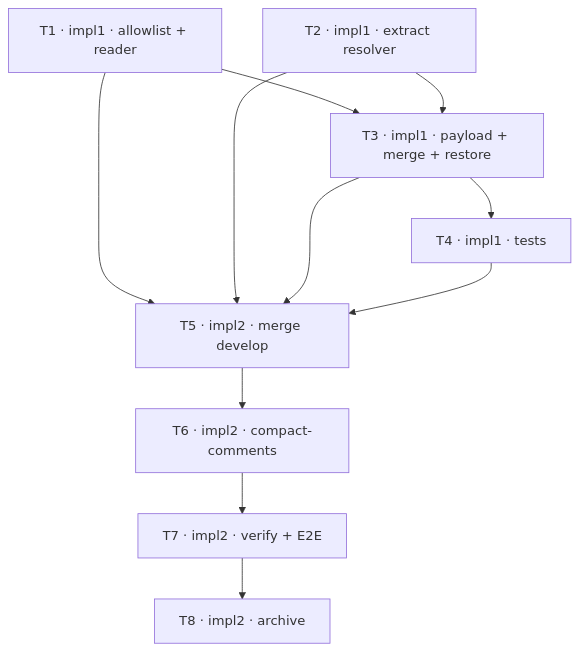
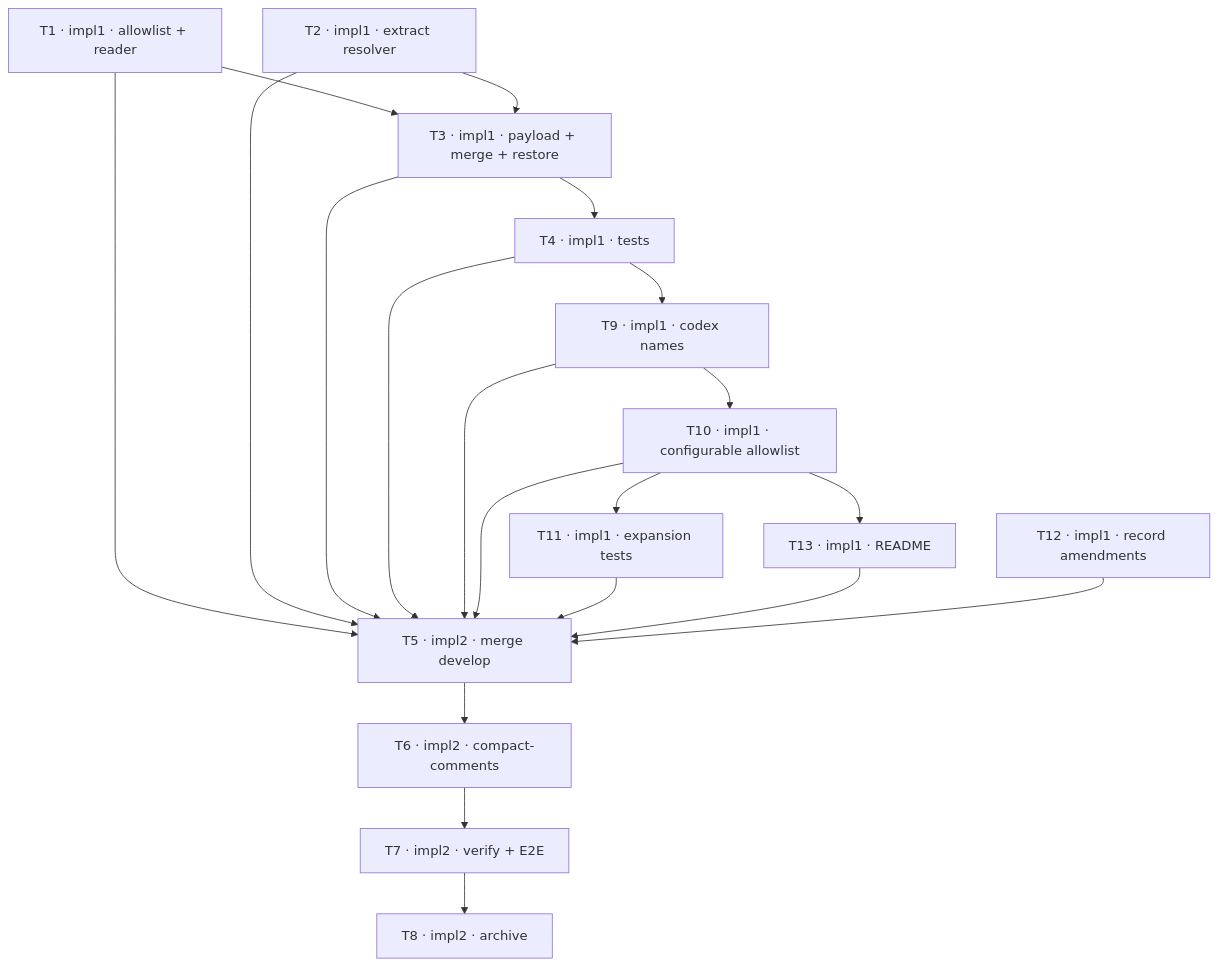
One commit to treekmk/zellaude changed the diagram in CLAUDE_TODO-capture-claude-launch-env.md. Above: the diagram before and after it, drawn with Mermaid. The commit also changed other lines of this file and 1 other file, not shown here.

Commit message:
[revise] Build both deferred seeds here; correct the null rule, codex effort, and normalization

````diff
--- a/CLAUDE_TODO-capture-claude-launch-env.md
+++ b/CLAUDE_TODO-capture-claude-launch-env.md
@@ -25,13 +34,22 @@
 ```mermaid
 graph TD
   T1[T1 · impl1 · allowlist + reader] --> T3[T3 · impl1 · payload + merge + restore]
   T2[T2 · impl1 · extract resolver] --> T3
   T3 --> T4[T4 · impl1 · tests]
+  T4 --> T9[T9 · impl1 · codex names]
+  T9 --> T10[T10 · impl1 · configurable allowlist]
+  T10 --> T11[T11 · impl1 · expansion tests]
   T1 --> T5[T5 · impl2 · merge develop]
   T2 --> T5
   T3 --> T5
   T4 --> T5
+  T9 --> T5
+  T10 --> T5
+  T10 --> T13[T13 · impl1 · README]
+  T11 --> T5
+  T13 --> T5
+  T12[T12 · impl1 · record amendments] --> T5
   T5 --> T6[T6 · impl2 · compact-comments]
   T6 --> T7[T7 · impl2 · verify + E2E]
   T7 --> T8[T8 · impl2 · archive]
 ```
````
